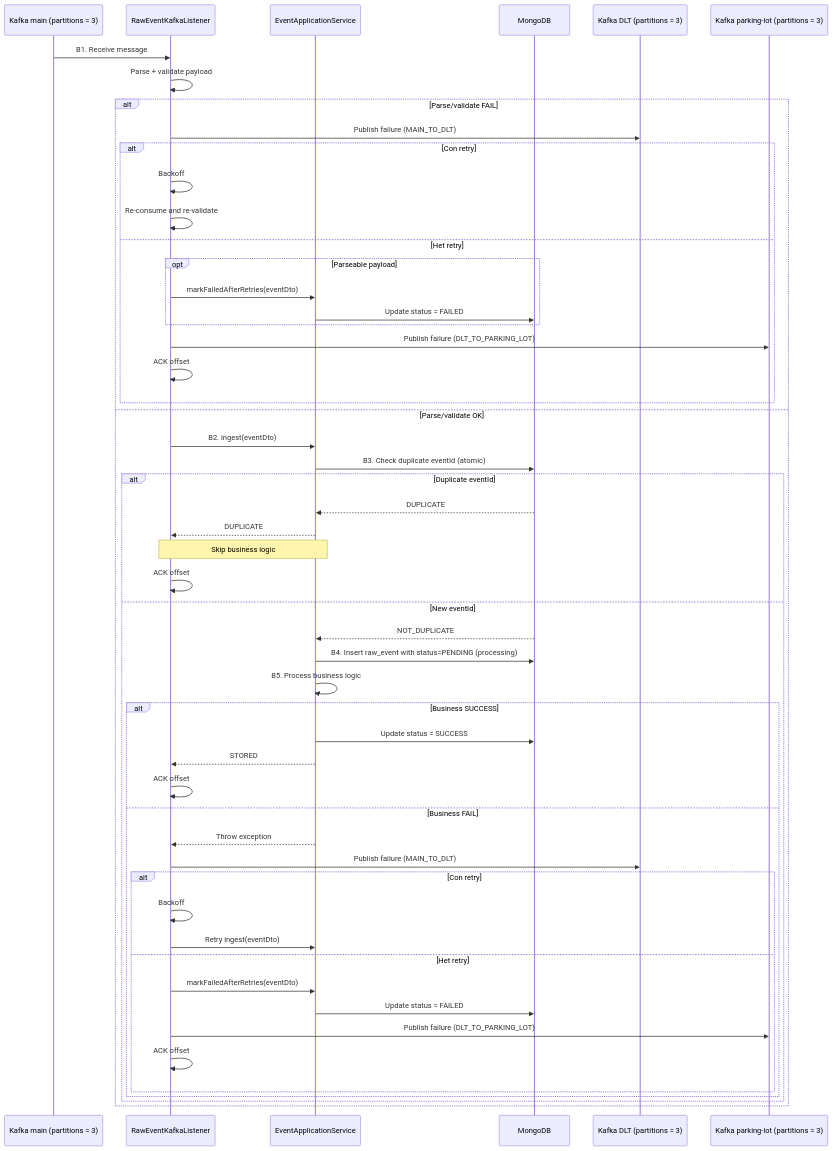
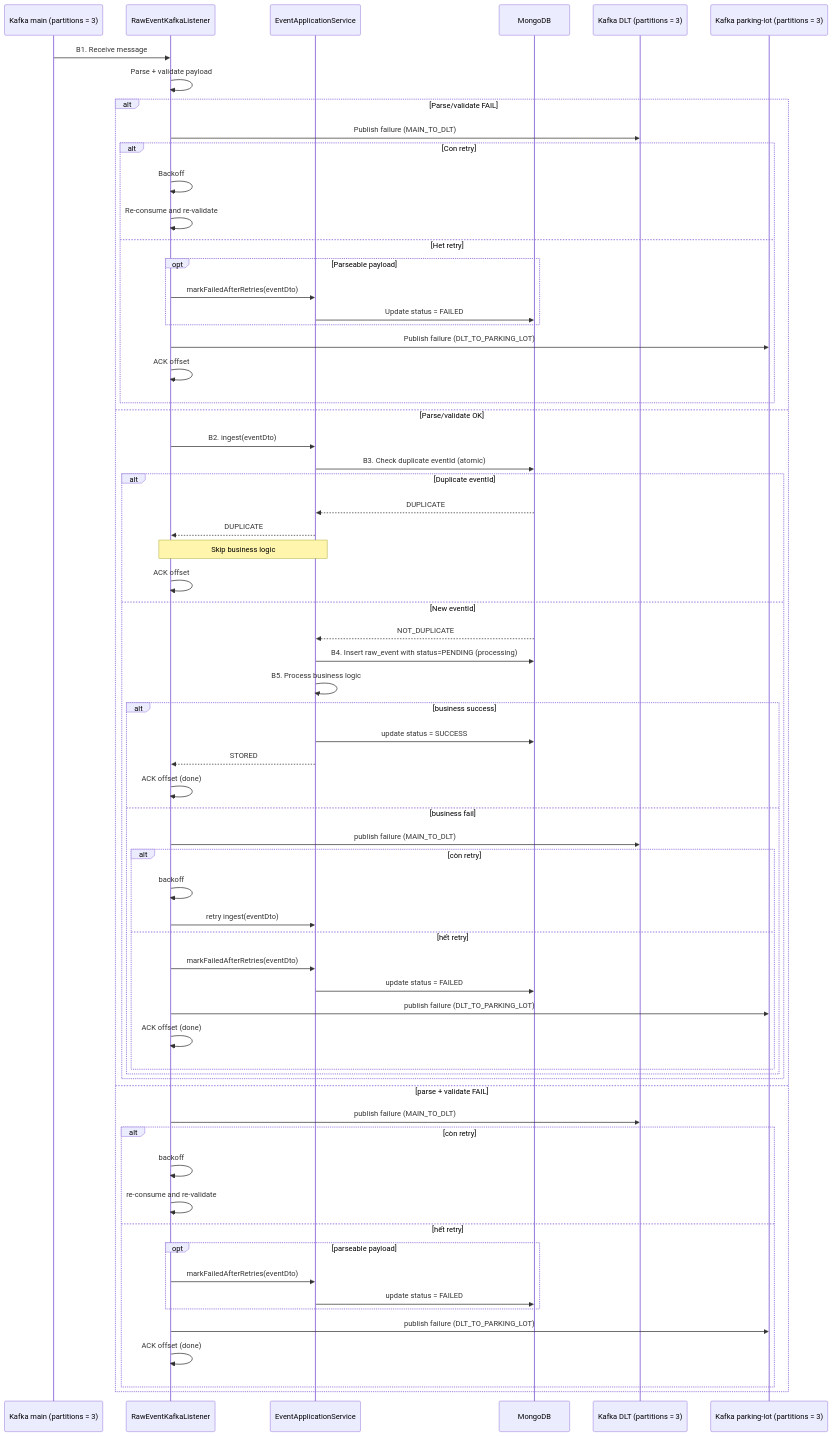
Before and after one commit to nguyentrongvy151995/data-hub: the third of 3 diagrams in README.md, drawn with Mermaid. The commit also changed other lines of this file, not shown here.

````diff
--- a/README.md
+++ b/README.md
@@ -87,61 +87,75 @@
 ```mermaid
 sequenceDiagram
     participant K as Kafka main (partitions = 3)
     participant L as RawEventKafkaListener
     participant S as EventApplicationService
     participant DB as MongoDB
     participant D as Kafka DLT (partitions = 3)
     participant P as Kafka parking-lot (partitions = 3)
 
     K->>L: B1. Receive message
     L->>L: Parse + validate payload
 
     alt Parse/validate FAIL
         L->>D: Publish failure (MAIN_TO_DLT)
         alt Con retry
             L->>L: Backoff
             L->>L: Re-consume and re-validate
         else Het retry
             opt Parseable payload
                 L->>S: markFailedAfterRetries(eventDto)
                 S->>DB: Update status = FAILED
             end
             L->>P: Publish failure (DLT_TO_PARKING_LOT)
             L->>L: ACK offset
         end
 
     else Parse/validate OK
         L->>S: B2. ingest(eventDto)
         S->>DB: B3. Check duplicate eventId (atomic)
 
         alt Duplicate eventId
             DB-->>S: DUPLICATE
             S-->>L: DUPLICATE
             Note over L,S: Skip business logic
             L->>L: ACK offset
 
         else New eventId
             DB-->>S: NOT_DUPLICATE
             S->>DB: B4. Insert raw_event with status=PENDING (processing)
             S->>S: B5. Process business logic
 
-            alt Business SUCCESS
-                S->>DB: Update status = SUCCESS
+            alt business success
+                S->>DB: update status = SUCCESS
                 S-->>L: STORED
-                L->>L: ACK offset
-            else Business FAIL
-                S-->>L: Throw exception
-                L->>D: Publish failure (MAIN_TO_DLT)
-                alt Con retry
-                    L->>L: Backoff
-                    L->>S: Retry ingest(eventDto)
-                else Het retry
+                L->>L: ACK offset (done)
+            else business fail
+                L->>D: publish failure (MAIN_TO_DLT)
+                alt còn retry
+                    L->>L: backoff
+                    L->>S: retry ingest(eventDto)
+                else hết retry
                     L->>S: markFailedAfterRetries(eventDto)
-                    S->>DB: Update status = FAILED
-                    L->>P: Publish failure (DLT_TO_PARKING_LOT)
-                    L->>L: ACK offset
+                    S->>DB: update status = FAILED
+                    L->>P: publish failure (DLT_TO_PARKING_LOT)
+                    L->>L: ACK offset (done)
                 end
             end
         end
+
+    else parse + validate FAIL
+        L->>D: publish failure (MAIN_TO_DLT)
+        alt còn retry
+            L->>L: backoff
+            L->>L: re-consume and re-validate
+        else hết retry
+            opt parseable payload
+                L->>S: markFailedAfterRetries(eventDto)
+                S->>DB: update status = FAILED
+            end
+            L->>P: publish failure (DLT_TO_PARKING_LOT)
+            L->>L: ACK offset (done)
+        end
     end
+
 ```
````
